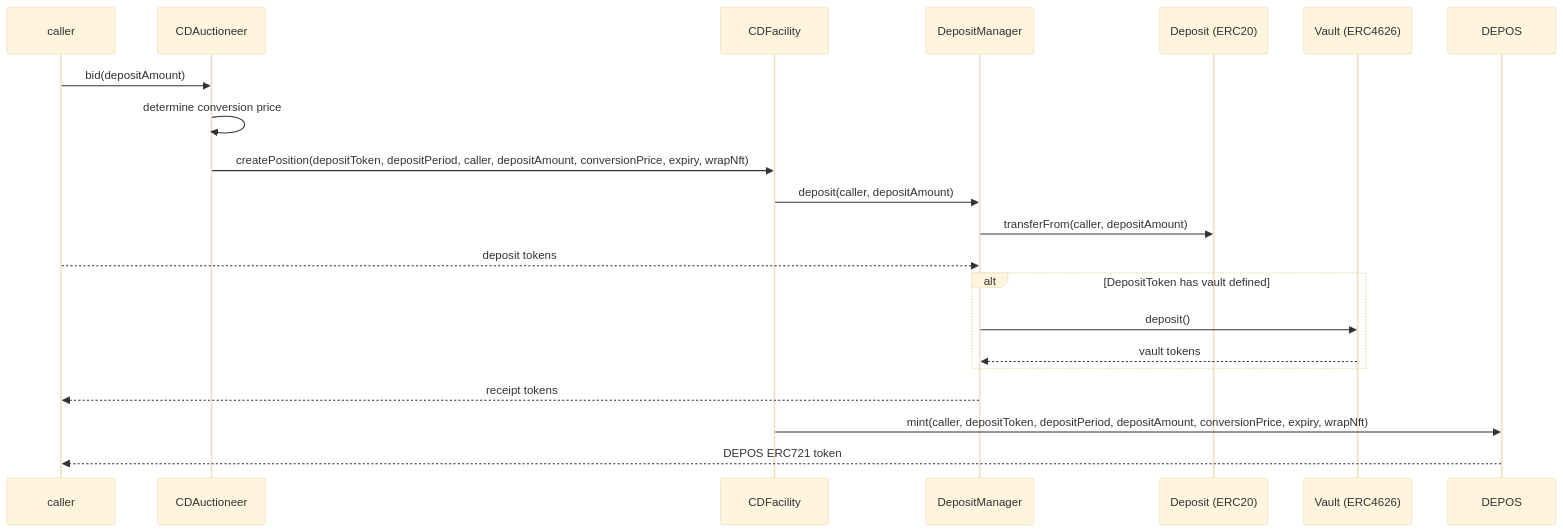
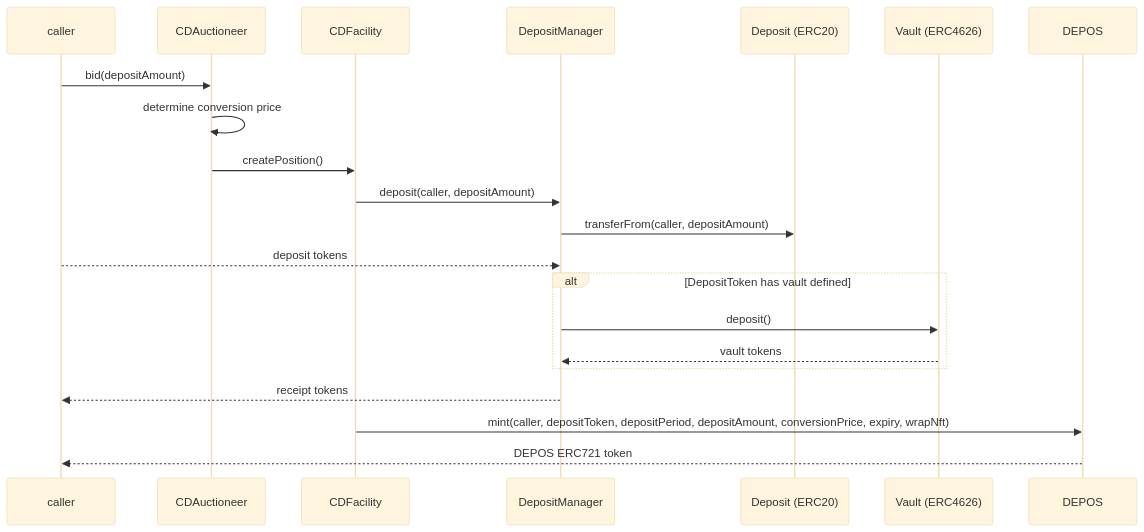
Before and after one commit to OlympusDAO/olympus-v3: the third of 9 diagrams in audit/2025-01_convertible-deposits/README.md, drawn with Mermaid (base theme). The commit also changed other lines of this file, not shown here.

````diff
--- a/audit/2025-01_convertible-deposits/README.md
+++ b/audit/2025-01_convertible-deposits/README.md
@@ -261,24 +264,24 @@
 ```mermaid
 sequenceDiagram
     participant caller
     participant CDAuctioneer
     participant CDFacility
     participant DepositManager
     participant DepositToken as Deposit (ERC20)
     participant VaultToken as Vault (ERC4626)
     participant DEPOS
 
     caller->>CDAuctioneer: bid(depositAmount)
     CDAuctioneer->>CDAuctioneer: determine conversion price
-    CDAuctioneer->>CDFacility: createPosition(depositToken, depositPeriod, caller, depositAmount, conversionPrice, expiry, wrapNft)
+    CDAuctioneer->>CDFacility: createPosition()
     CDFacility->>DepositManager: deposit(caller, depositAmount)
     DepositManager->>DepositToken: transferFrom(caller, depositAmount)
     caller-->>DepositManager: deposit tokens
     alt DepositToken has vault defined
         DepositManager->>VaultToken: deposit()
         VaultToken-->>DepositManager: vault tokens
     end
     DepositManager-->>caller: receipt tokens
     CDFacility->>DEPOS: mint(caller, depositToken, depositPeriod, depositAmount, conversionPrice, expiry, wrapNft)
     DEPOS-->>caller: DEPOS ERC721 token
 ```
````
